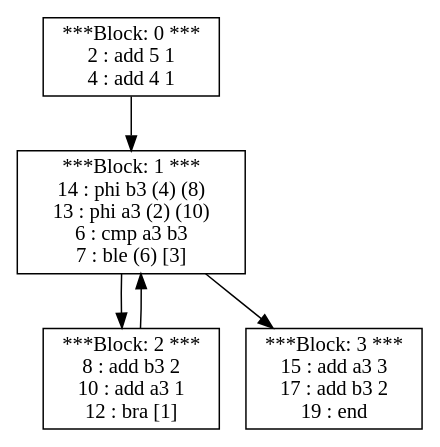
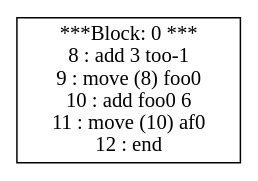
The diagram in src/Display/dotOutput.gv (vigneshjathavara/PL241-Compiler), drawn with Graphviz before and after one commit. The commit also changed 20 other files, not shown here.

```diff
--- a/src/Display/dotOutput.gv
+++ b/src/Display/dotOutput.gv
@@ -1,11 +1,4 @@
 digraph structs {
-0 [shape=record,label="***Block: 0 ***\n2 : add 5 1 \n4 : add 4 1 \n"]
-1 [shape=record,label="***Block: 1 ***\n14 : phi b3 (4) (8) \n13 : phi a3 (2) (10) \n6 : cmp a3 b3 \n7 : ble (6) [3]\n"]
-2 [shape=record,label="***Block: 2 ***\n8 : add b3 2 \n10 : add a3 1 \n12 : bra [1]\n"]
-3 [shape=record,label="***Block: 3 ***\n15 : add a3 3 \n17 : add b3 2 \n19 : end \n"]
-0 -> 1;
-1 -> 2;
-2 -> 1;
-1 -> 3;
+0 [shape=record,label="***Block: 0 ***\n8 : add 3 too-1 \n9 : move (8) foo0 \n10 : add foo0 6 \n11 : move (10) af0 \n12 : end \n"]
 
 }
```
